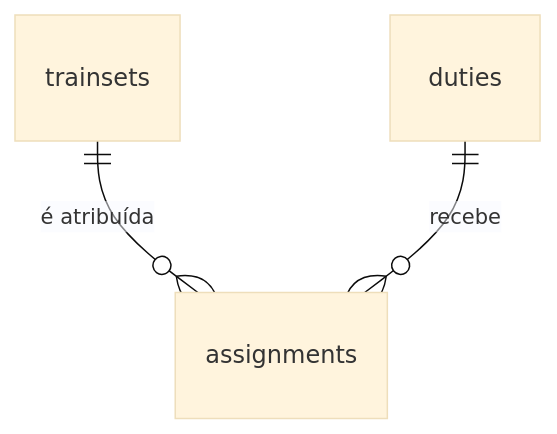
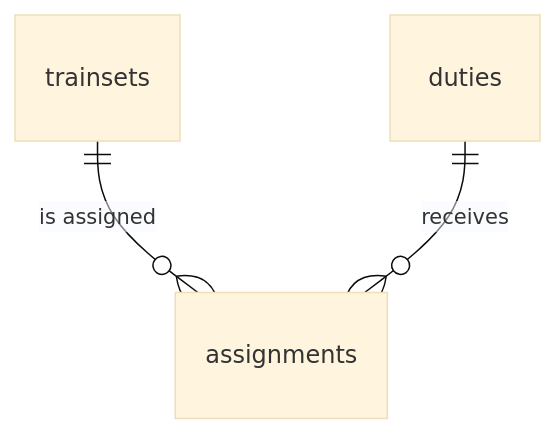
Before and after one commit to denysbp/Railtrace: the seventh of 17 diagrams in docs/schema.md, drawn with Mermaid (base theme). The commit also changed other lines of this file and 64 other files, not shown here.

````diff
--- a/docs/schema.md
+++ b/docs/schema.md
@@ -244,5 +244,5 @@
 ```mermaid
 erDiagram
-    trainsets ||--o{ assignments : "é atribuída"
-    duties ||--o{ assignments : "recebe"
+    trainsets ||--o{ assignments : "is assigned"
+    duties ||--o{ assignments : "receives"
 ```
````
